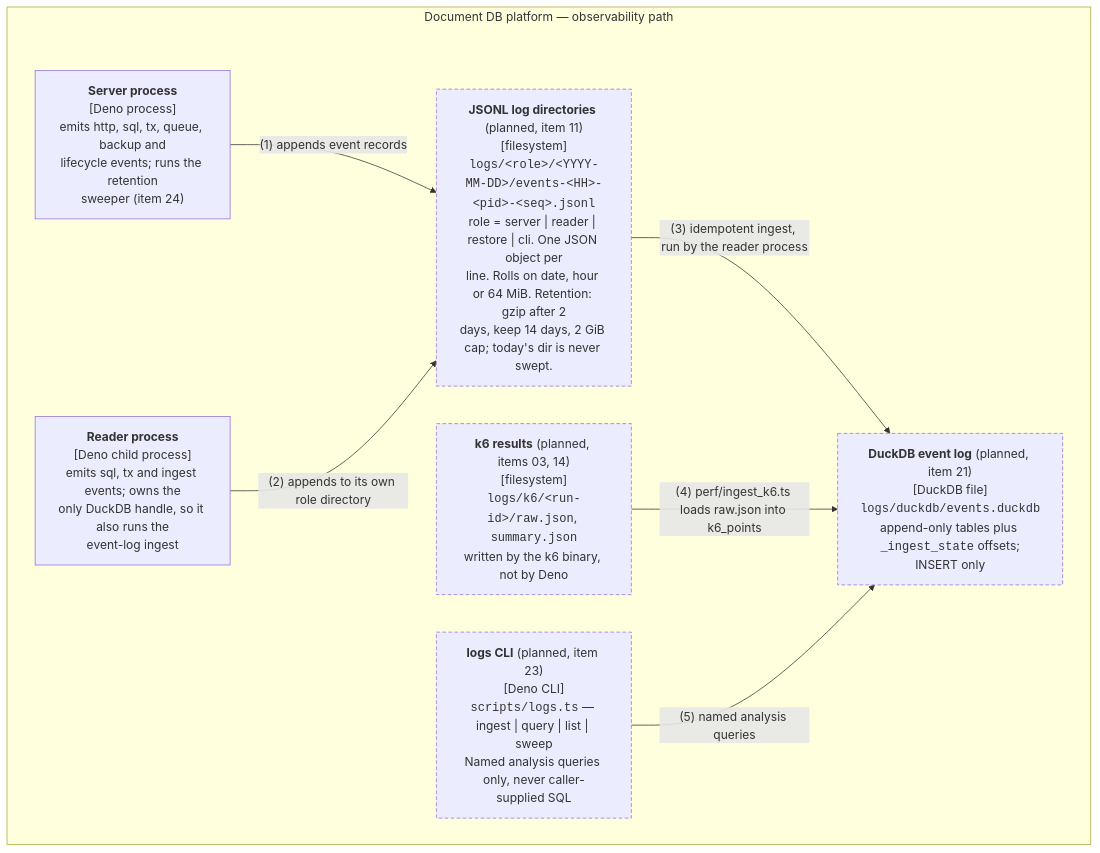
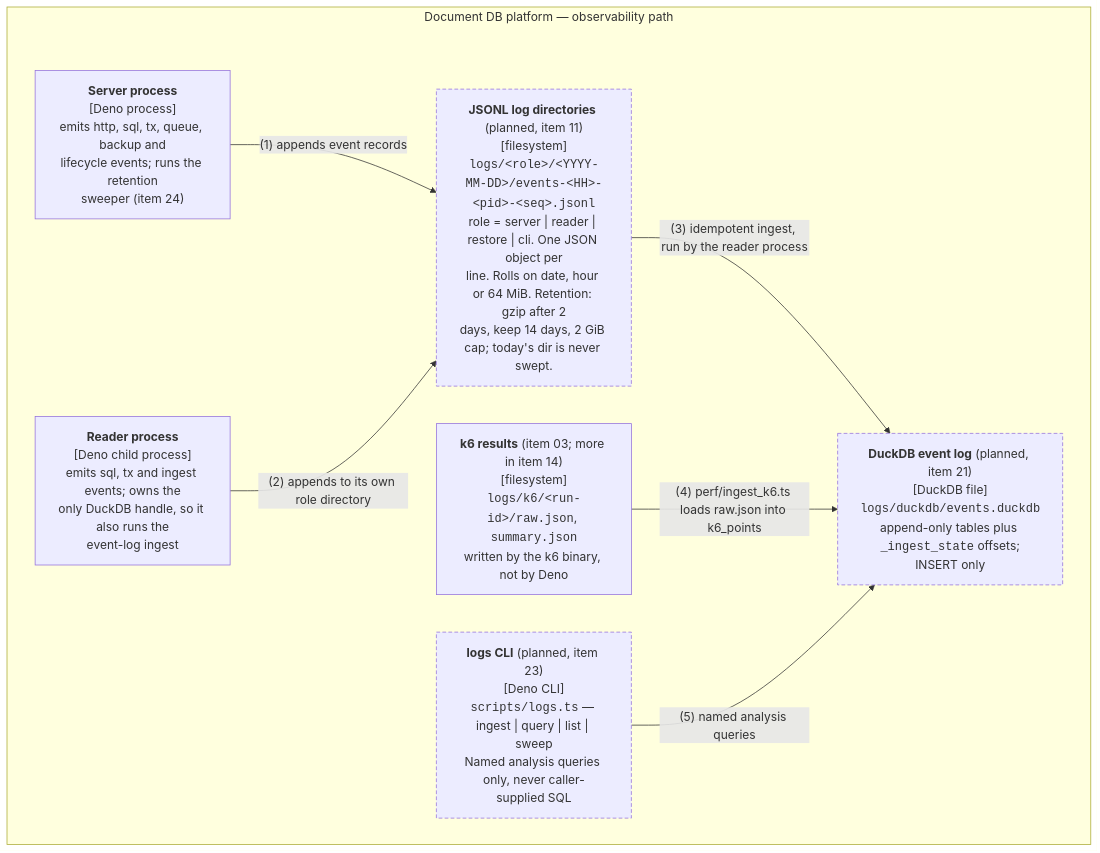
One commit to nickstrad/ts-db changed the diagram in docs/architecture/c4-container-observability.github.md. Above: the diagram before and after it, drawn with Mermaid. The commit also changed other lines of this file and 9 other files, not shown here.

First line of the commit message:
docs: update C4 diagrams for items 02 and 03

````diff
--- a/docs/architecture/c4-container-observability.github.md
+++ b/docs/architecture/c4-container-observability.github.md
@@ -20,20 +21,20 @@
 ```mermaid
 flowchart TB
     subgraph host["Document DB platform — observability path"]
         server["<b>Server process</b><br/>[Deno process]<br/>emits http, sql, tx, queue, backup and<br/>lifecycle events; runs the retention<br/>sweeper (item 24)"]
         reader["<b>Reader process</b><br/>[Deno child process]<br/>emits sql, tx and ingest events; owns the<br/>only DuckDB handle, so it also runs the<br/>event-log ingest"]
         jsonl["<b>JSONL log directories</b> (planned, item 11)<br/>[filesystem]<br/><code>logs/&lt;role&gt;/&lt;YYYY-MM-DD&gt;/events-&lt;HH&gt;-&lt;pid&gt;-&lt;seq&gt;.jsonl</code><br/>role = server | reader | restore | cli. One JSON object per<br/>line. Rolls on date, hour or 64 MiB. Retention: gzip after 2<br/>days, keep 14 days, 2 GiB cap; today's dir is never swept."]
-        k6["<b>k6 results</b> (planned, items 03, 14)<br/>[filesystem]<br/><code>logs/k6/&lt;run-id&gt;/raw.json</code>, <code>summary.json</code><br/>written by the k6 binary, not by Deno"]
+        k6["<b>k6 results</b> (item 03; more in item 14)<br/>[filesystem]<br/><code>logs/k6/&lt;run-id&gt;/raw.json</code>, <code>summary.json</code><br/>written by the k6 binary, not by Deno"]
         duck["<b>DuckDB event log</b> (planned, item 21)<br/>[DuckDB file]<br/><code>logs/duckdb/events.duckdb</code><br/>append-only tables plus <code>_ingest_state</code> offsets;<br/>INSERT only"]
         cli["<b>logs CLI</b> (planned, item 23)<br/>[Deno CLI]<br/><code>scripts/logs.ts</code> — ingest | query | list | sweep<br/>Named analysis queries only, never caller-supplied SQL"]
     end
 
     server -->|"(1) appends event records"| jsonl
     reader -->|"(2) appends to its own role directory"| jsonl
     jsonl -->|"(3) idempotent ingest, run by the reader process"| duck
     k6 -->|"(4) perf/ingest_k6.ts loads raw.json into k6_points"| duck
     cli -->|"(5) named analysis queries"| duck
 
     classDef planned stroke-dasharray: 5 3
-    class jsonl,k6,duck,cli planned
+    class jsonl,duck,cli planned
 ```
````
